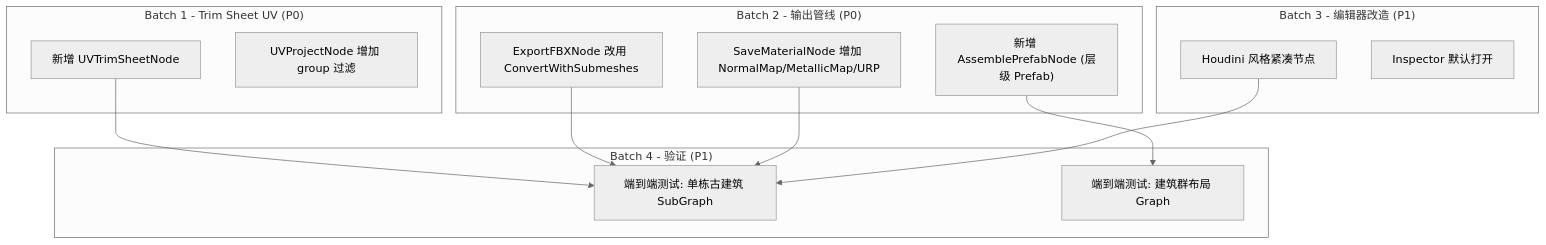
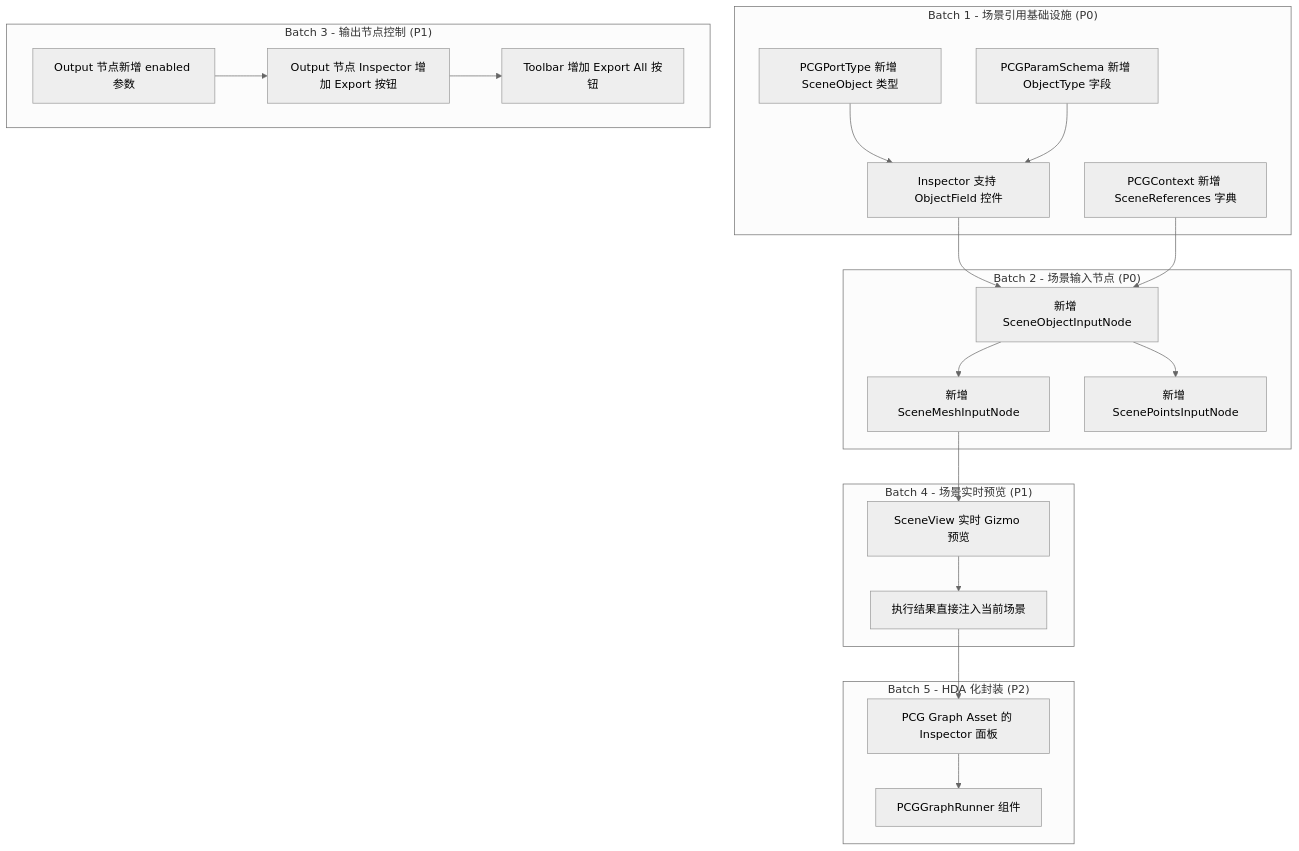
The diagram in Assets/PCGToolkit/TaskDocument/OUTLINE.md (No78Vino/pcg_for_unity), drawn with Mermaid (neutral theme) before and after one commit. The commit also changed other lines of this file and 35 other files, not shown here.

````diff
--- a/Assets/PCGToolkit/TaskDocument/OUTLINE.md
+++ b/Assets/PCGToolkit/TaskDocument/OUTLINE.md
@@ -91,29 +19,44 @@
 ```mermaid
 graph TD
-    subgraph "Batch 1 - Trim Sheet UV (P0)"
-        A1["新增 UVTrimSheetNode"]
-        A2["UVProjectNode 增加 group 过滤"]
+    subgraph "Batch 1 - 场景引用基础设施 (P0)"
+        A1["PCGPortType 新增 SceneObject 类型"]
+        A2["PCGParamSchema 新增 ObjectType 字段"]
+        A3["Inspector 支持 ObjectField 控件"]
+        A4["PCGContext 新增 SceneReferences 字典"]
     end
 
-    subgraph "Batch 2 - 输出管线 (P0)"
-        B1["ExportFBXNode 改用 ConvertWithSubmeshes"]
-        B2["SaveMaterialNode 增加 NormalMap/MetallicMap/URP"]
-        B3["新增 AssemblePrefabNode (层级 Prefab)"]
+    subgraph "Batch 2 - 场景输入节点 (P0)"
+        B1["新增 SceneObjectInputNode"]
+        B2["新增 SceneMeshInputNode"]
+        B3["新增 ScenePointsInputNode"]
     end
 
-    subgraph "Batch 3 - 编辑器改造 (P1)"
-        C1["Houdini 风格紧凑节点"]
-        C2["Inspector 默认打开"]
+    subgraph "Batch 3 - 输出节点控制 (P1)"
+        C1["Output 节点新增 enabled 参数"]
+        C2["Output 节点 Inspector 增加 Export 按钮"]
+        C3["Toolbar 增加 Export All 按钮"]
     end
 
-    subgraph "Batch 4 - 验证 (P1)"
-        D1["端到端测试: 单栋古建筑 SubGraph"]
-        D2["端到端测试: 建筑群布局 Graph"]
+    subgraph "Batch 4 - 场景实时预览 (P1)"
+        D1["SceneView 实时 Gizmo 预览"]
+        D2["执行结果直接注入当前场景"]
     end
 
-    A1 --> D1
-    B1 --> D1
+    subgraph "Batch 5 - HDA 化封装 (P2)"
+        E1["PCG Graph Asset 的 Inspector 面板"]
+        E2["PCGGraphRunner 组件"]
+    end
+
+    A1 --> A3
+    A2 --> A3
+    A3 --> B1
+    A4 --> B1
+    B1 --> B2
+    B1 --> B3
+    C1 --> C2
+    C2 --> C3
     B2 --> D1
-    B3 --> D2
-    C1 --> D1
+    D1 --> D2
+    D2 --> E1
+    E1 --> E2
 ```
````
